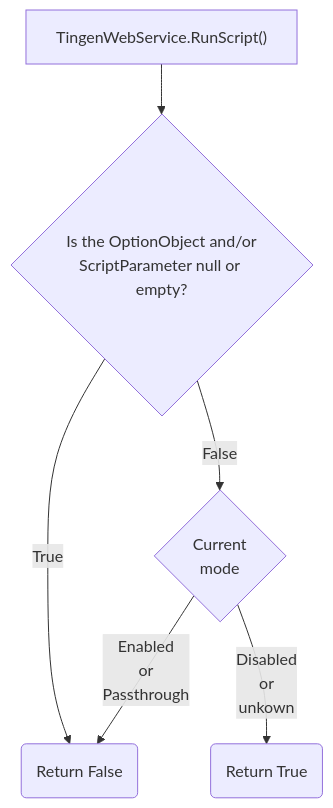
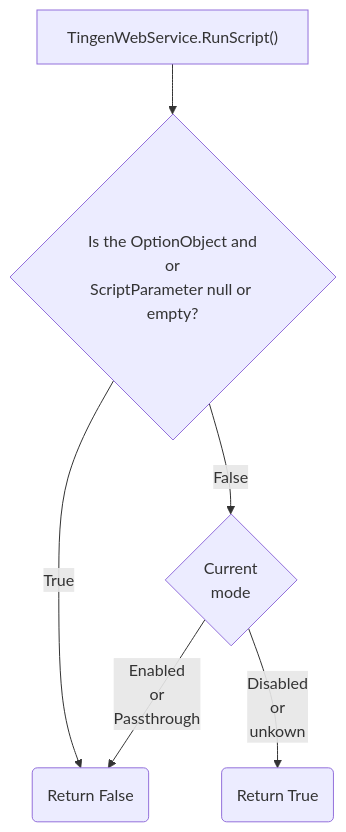
The first of 2 diagrams in static/workflow/tngnwsvc-asmx.md (spectrum-health-systems/tingen-documentation), drawn with Mermaid before and after one commit.

````diff
--- a/static/workflow/tngnwsvc-asmx.md
+++ b/static/workflow/tngnwsvc-asmx.md
@@ -5,16 +5,16 @@
 ```mermaid
 flowchart TB
     %% Components
     RunScript@{shape: rect, label: "TingenWebService.RunScript()"}
-    MissingData@{shape: diam, label: "Is the OptionObject and/or\nScriptParameter null or empty?"}
+    MissingData@{shape: diam, label: "Is the OptionObject and<br>or\nScriptParameter null or empty?"}
     CurrentMode@{shape: diam, label: "Current\nmode"}
     ReturnTrue@{shape: rounded, label: "Return True"}
     ReturnFalse@{shape: rounded, label: "Return False"}
     %% Layout
     RunScript --> MissingData
     MissingData --True--> ReturnFalse
     MissingData --False--> CurrentMode
     CurrentMode --Enabled\nor\nPassthrough--> ReturnFalse
     CurrentMode --Disabled\nor\nunkown--> ReturnTrue
     %% Styles
 ```
````
